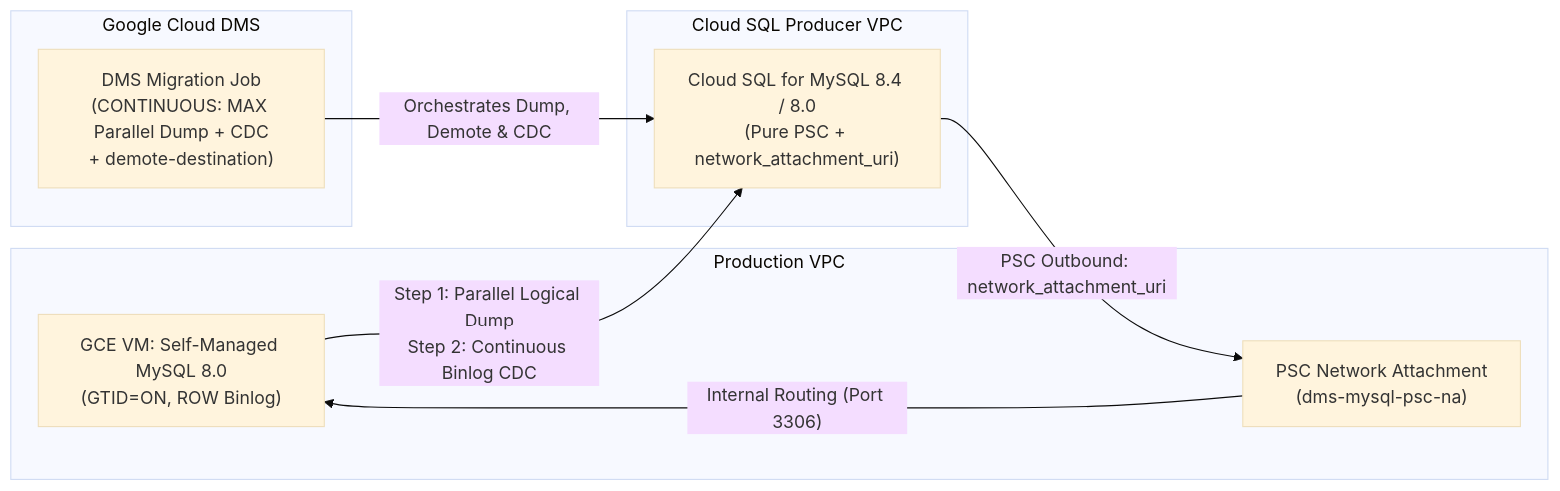
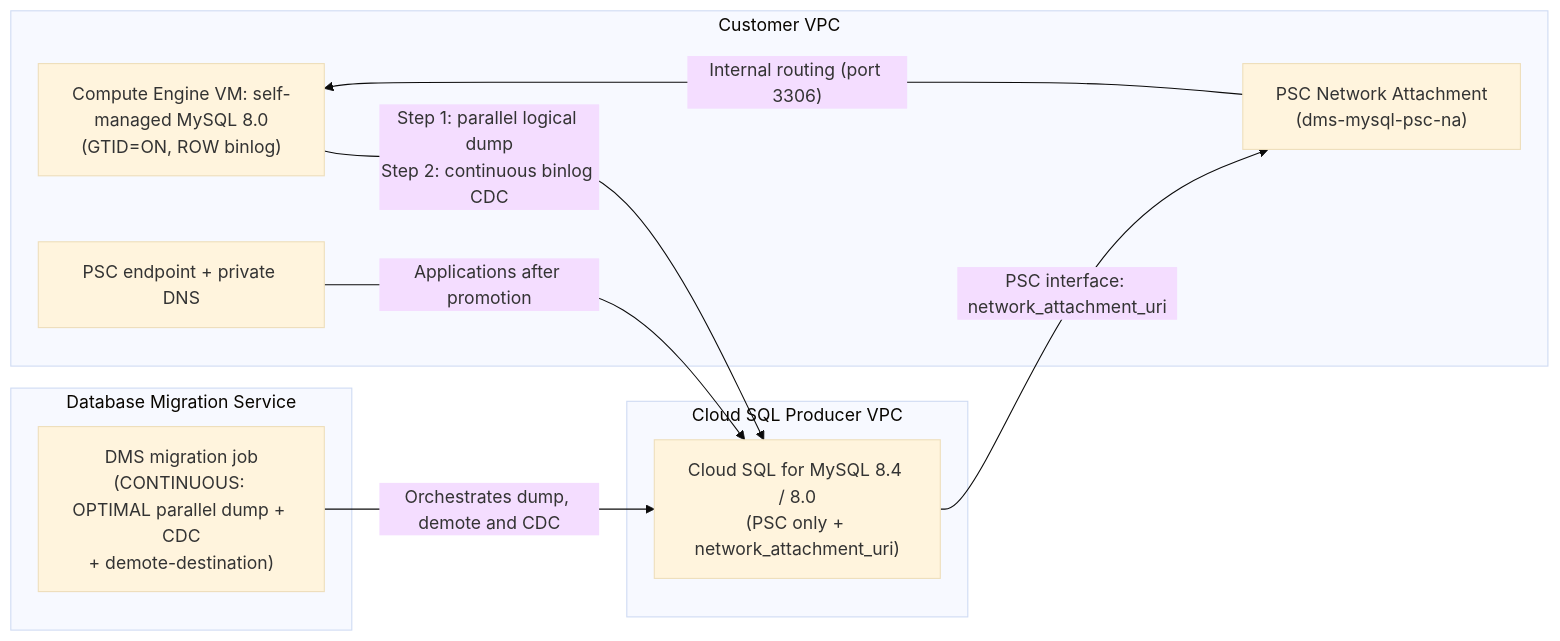
One commit to kkmbryan/cloud-dms-templates changed the diagram in templates/01-live-migration-gce-cdc/README.md. Above: the diagram before and after it, drawn with Mermaid (base theme). The commit also changed other lines of this file and 51 other files, not shown here.

First line of the commit message:
fix: Scenario 2 support matrix, XtraBackup folder seed, bucket IAM, PSC endpoint and native DMS profiles (#4)

````diff
--- a/templates/01-live-migration-gce-cdc/README.md
+++ b/templates/01-live-migration-gce-cdc/README.md
@@ -19,20 +21,22 @@
 ```mermaid
 flowchart LR
-    subgraph GCE_VPC["Production VPC"]
-        GCE["GCE VM: Self-Managed MySQL 8.0<br/>(GTID=ON, ROW Binlog)"]
+    subgraph GCE_VPC["Customer VPC"]
+        GCE["Compute Engine VM: self-managed MySQL 8.0<br/>(GTID=ON, ROW binlog)"]
         NA["PSC Network Attachment<br/>(dms-mysql-psc-na)"]
+        EP["PSC endpoint + private DNS"]
     end
 
-    subgraph DMS_Control["Google Cloud DMS"]
-        JOB["DMS Migration Job<br/>(CONTINUOUS: MAX Parallel Dump + CDC<br/>+ demote-destination)"]
+    subgraph DMS_Control["Database Migration Service"]
+        JOB["DMS migration job<br/>(CONTINUOUS: OPTIMAL parallel dump + CDC<br/>+ demote-destination)"]
     end
 
     subgraph CloudSQL_Producer["Cloud SQL Producer VPC"]
-        CSQL["Cloud SQL for MySQL 8.4 / 8.0<br/>(Pure PSC + network_attachment_uri)"]
+        CSQL["Cloud SQL for MySQL 8.4 / 8.0<br/>(PSC only + network_attachment_uri)"]
     end
 
-    CSQL -->|"PSC Outbound: network_attachment_uri"| NA
-    NA -->|"Internal Routing (Port 3306)"| GCE
-    GCE -->|"Step 1: Parallel Logical Dump<br/>Step 2: Continuous Binlog CDC"| CSQL
-    JOB -->|"Orchestrates Dump, Demote & CDC"| CSQL
+    CSQL -->|"PSC interface: network_attachment_uri"| NA
+    NA -->|"Internal routing (port 3306)"| GCE
+    GCE -->|"Step 1: parallel logical dump<br/>Step 2: continuous binlog CDC"| CSQL
+    JOB -->|"Orchestrates dump, demote and CDC"| CSQL
+    EP -->|"Applications after promotion"| CSQL
 ```
````
